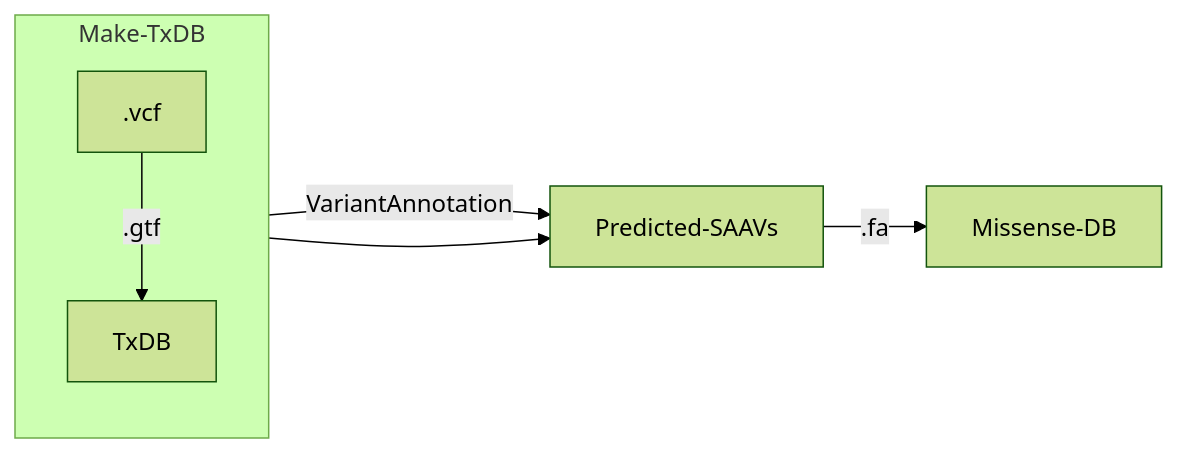
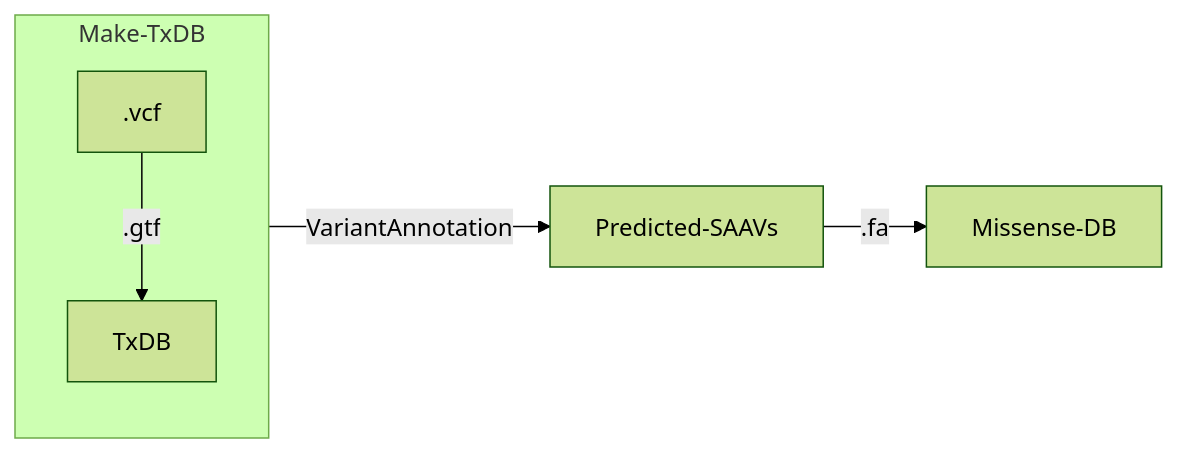
The diagram in README.md (hdesai17/chemoproteogenomics), drawn with Mermaid (forest theme) before and after one commit.

````diff
--- a/README.md
+++ b/README.md
@@ -19,11 +19,10 @@
 ```mermaid
 flowchart LR;
    subgraph Make-TxDB
    .vcf-->|.gtf|TxDB
    end
    Make-TxDB-->|VariantAnnotation|Predicted-SAAVs
-   Make-TxDB-->Predicted-SAAVs
    Predicted-SAAVs-->|.fa|Missense-DB;
  
 
 ```
````
